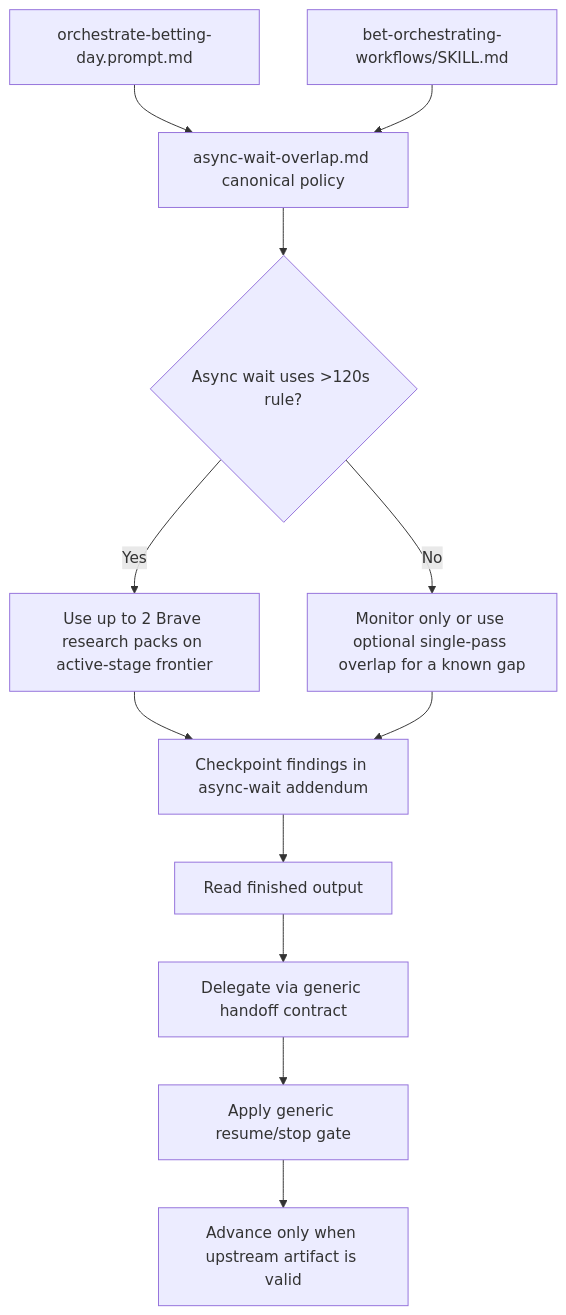
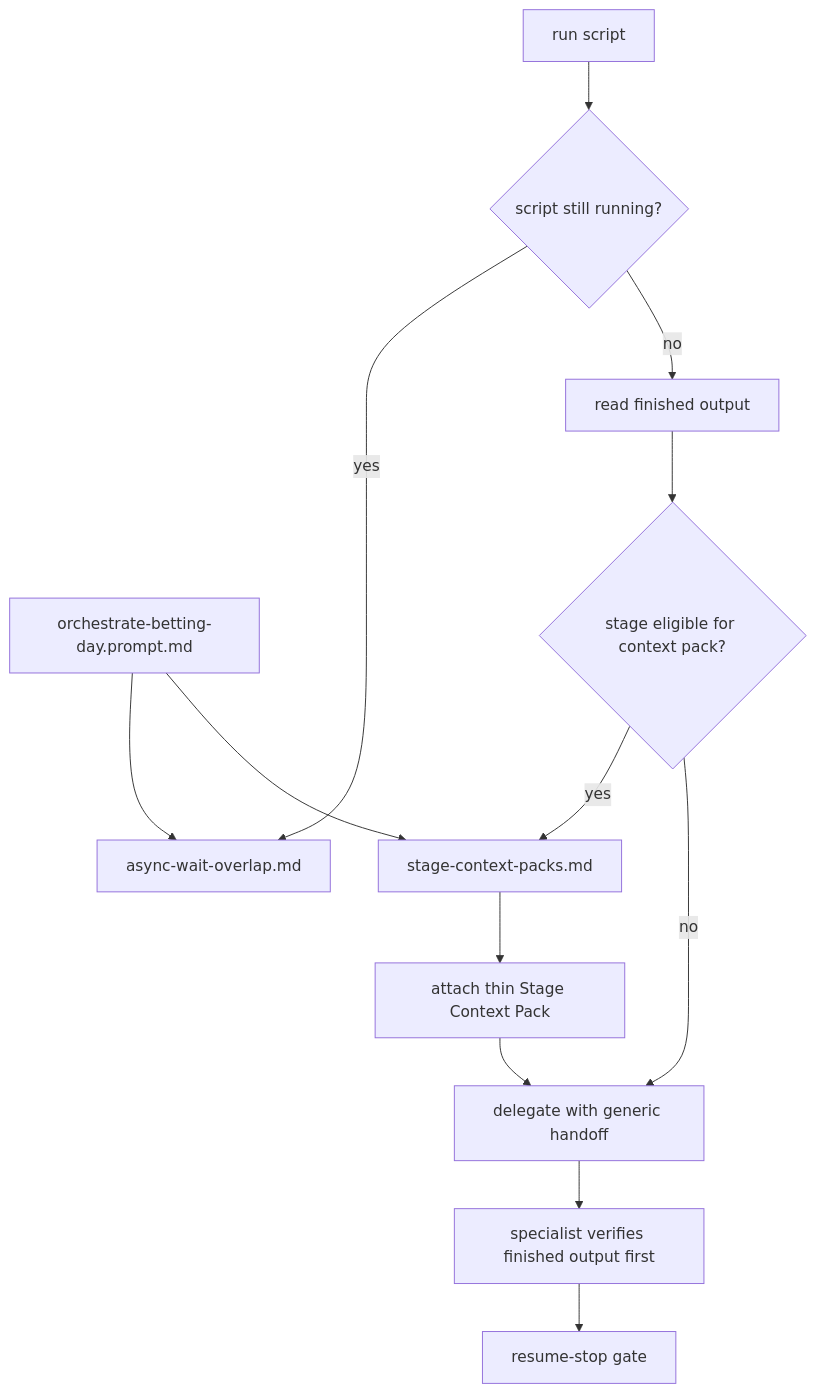
Before and after one commit to Skiru/bet: the diagram in specifications/orchestrator-brave-search-optimization/orchestrator-brave-search-optimization.plan.md, drawn with Mermaid. The commit also changed other lines of this file and 10 other files, not shown here.

First line of the commit message:
feat: add mandatory pre-handoff Stage Context Packs for eligible pipeline stages

````diff
--- a/specifications/orchestrator-brave-search-optimization/orchestrator-brave-search-optimization.plan.md
+++ b/specifications/orchestrator-brave-search-optimization/orchestrator-brave-search-optimization.plan.md
@@ -27,14 +55,15 @@
 ```mermaid
 flowchart TD
-    A[orchestrate-betting-day.prompt.md] --> B[async-wait-overlap.md canonical policy]
-    C[bet-orchestrating-workflows/SKILL.md] --> B
-    B --> D{Async wait uses >120s rule?}
-    D -->|Yes| E[Use up to 2 Brave research packs on active-stage frontier]
-    D -->|No| F[Monitor only or use optional single-pass overlap for a known gap]
-    E --> G[Checkpoint findings in async-wait addendum]
-    F --> G
-    G --> H[Read finished output]
-    H --> I[Delegate via generic handoff contract]
-    I --> J[Apply generic resume/stop gate]
-    J --> K[Advance only when upstream artifact is valid]
+    A[orchestrate-betting-day.prompt.md] --> B[async-wait-overlap.md]
+    A --> C[stage-context-packs.md]
+    D[run script] --> E{script still running?}
+    E -->|yes| B
+    E -->|no| F[read finished output]
+    F --> G{stage eligible for context pack?}
+    G -->|yes| C
+    G -->|no| H[delegate with generic handoff]
+    C --> I[attach thin Stage Context Pack]
+    I --> H
+    H --> J[specialist verifies finished output first]
+    J --> K[resume-stop gate]
 ```
````
